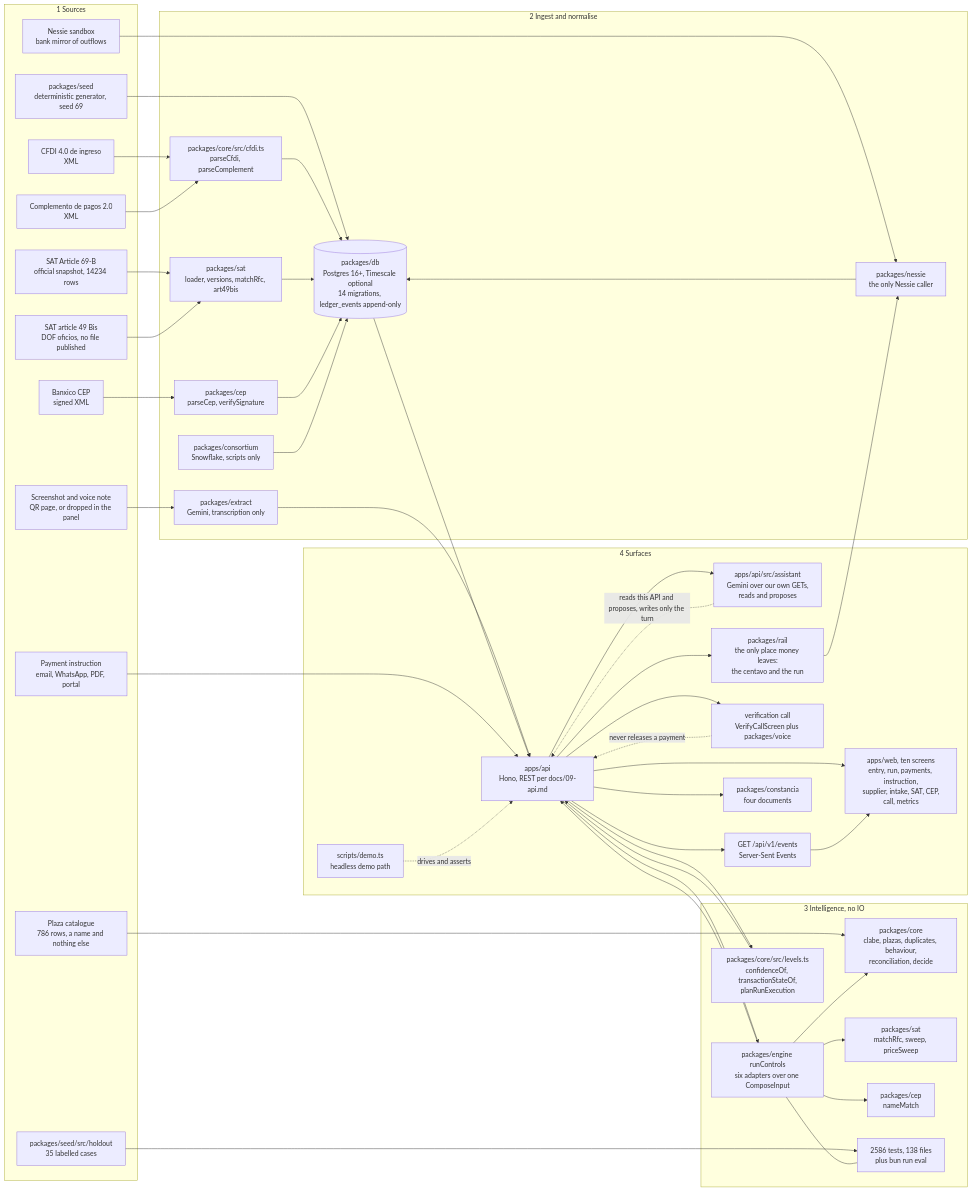
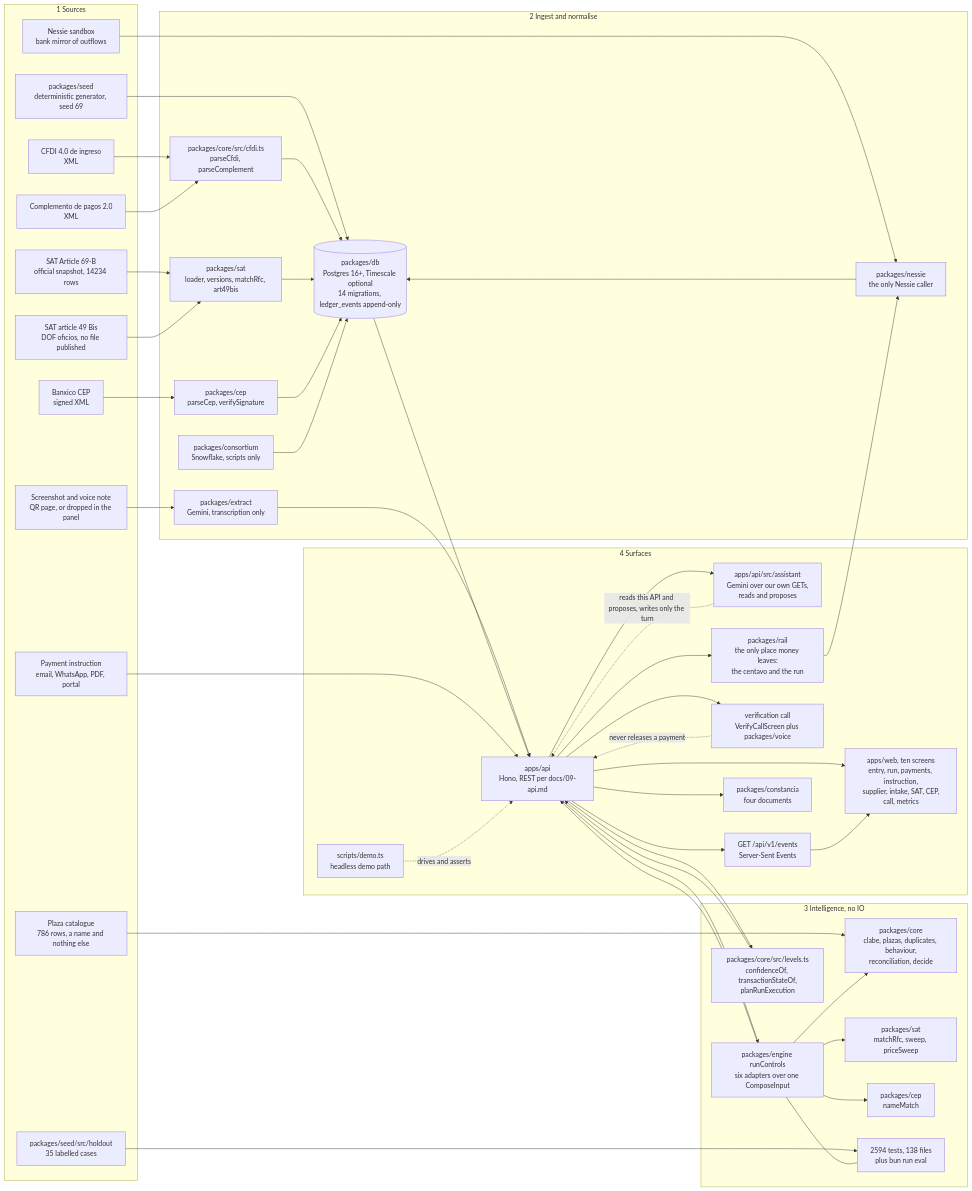
One commit to garzario/CapitalOneHackMTY changed the first of 5 diagrams in docs/07-architecture.md. Above: the diagram before and after it, drawn with Mermaid. The commit also changed other lines of this file and 4 other files, not shown here.

```diff
--- a/docs/07-architecture.md
+++ b/docs/07-architecture.md
@@ -50,7 +50,7 @@
     KL["packages/core/src/levels.ts<br/>confidenceOf, transactionStateOf,<br/>planRunExecution"]
     KS["packages/sat<br/>matchRfc, sweep, priceSweep"]
     KP["packages/cep<br/>nameMatch"]
-    T["2586 tests, 138 files<br/>plus bun run eval"]
+    T["2594 tests, 138 files<br/>plus bun run eval"]
   end
 
   subgraph U[4 Surfaces]
```
